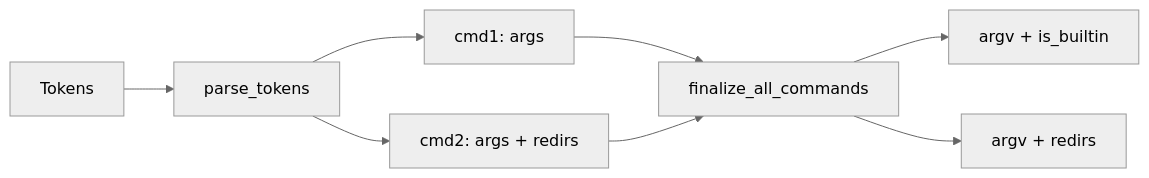
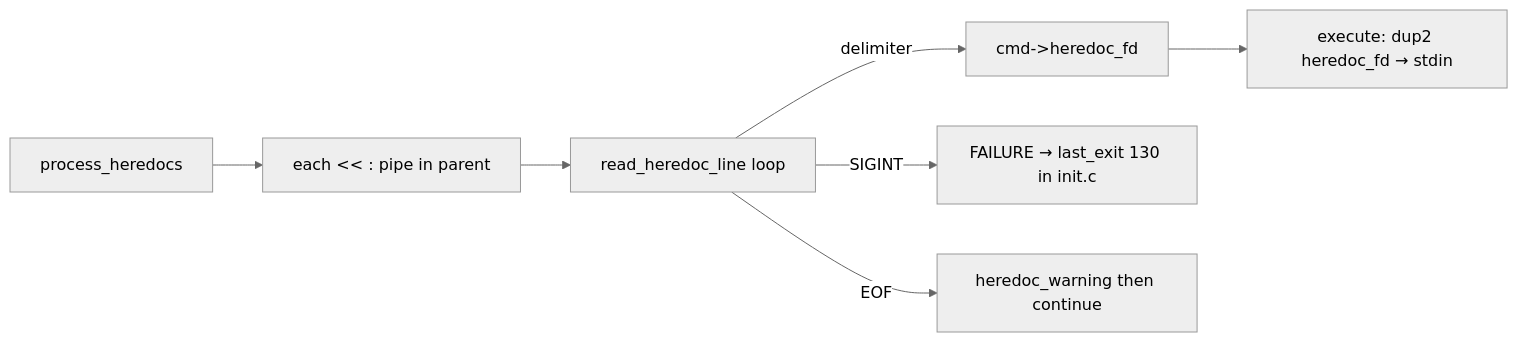
One commit to gkhavari/minishell changed the tenth of 14 diagrams in docs/MINISHELL_ARCHITECTURE.md. Above: the diagram before and after it, drawn with Mermaid (neutral theme). The commit also changed other lines of this file and 4 other files, not shown here.

First line of the commit message:
docs: architecture diagrams, README (v10), remove stale tester doc

````diff
--- a/docs/MINISHELL_ARCHITECTURE.md
+++ b/docs/MINISHELL_ARCHITECTURE.md
@@ -555,11 +729,9 @@
 ```mermaid
 flowchart LR
-    T[Tokens]
-    T --> P[parse_tokens]
-    P --> C1[cmd1: args]
-    P --> C2[cmd2: args + redirs]
-    C1 --> F[finalize_all_commands]
-    C2 --> F
-    F --> A1[argv + is_builtin]
-    F --> A2[argv + redirs]
+    PH[process_heredocs] --> E[each << : pipe in parent]
+    E --> L[read_heredoc_line loop]
+    L -->|delimiter| F[cmd->heredoc_fd]
+    L -->|SIGINT| X[FAILURE → last_exit 130 in init.c]
+    L -->|EOF| W[heredoc_warning then continue]
+    F --> EX[execute: dup2 heredoc_fd → stdin]
 ```
````
